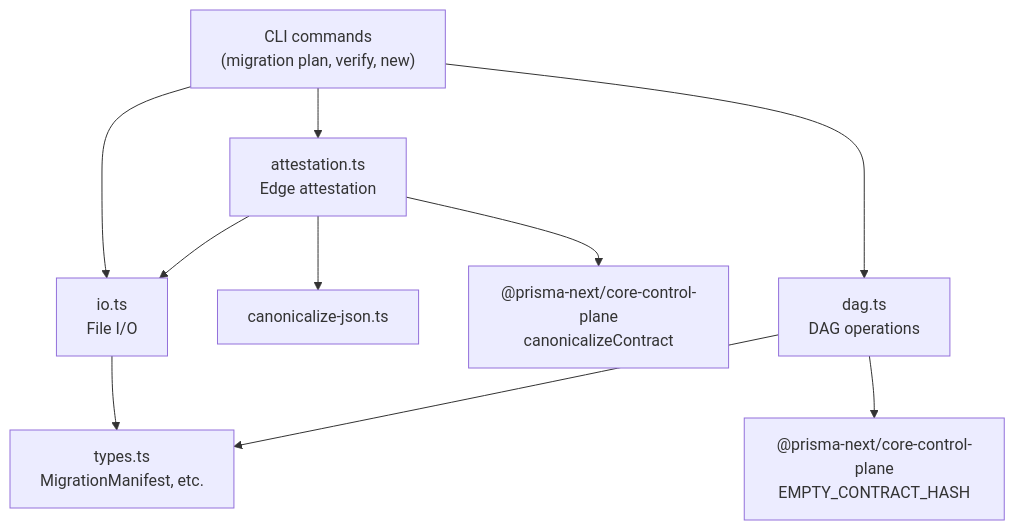
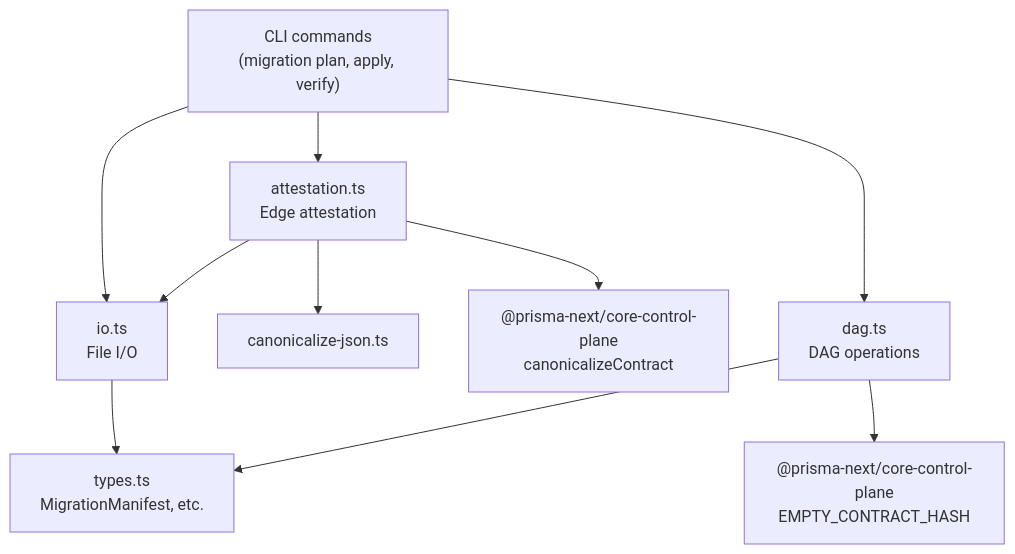
Before and after one commit to prisma/prisma-next: the diagram in packages/1-framework/3-tooling/migration/README.md, drawn with Mermaid. The commit also changed other lines of this file, not shown here.

First line of the commit message:
docs(migration-tools): update README with arktype dep and correct type names

````diff
--- a/packages/1-framework/3-tooling/migration/README.md
+++ b/packages/1-framework/3-tooling/migration/README.md
@@ -14,12 +14,12 @@
 ```mermaid
 graph TD
-    CLI["CLI commands<br/>(migration plan, verify, new)"] --> IO["io.ts<br/>File I/O"]
+    CLI["CLI commands<br/>(migration plan, apply, verify)"] --> IO["io.ts<br/>File I/O"]
     CLI --> ATT["attestation.ts<br/>Edge attestation"]
     CLI --> DAG["dag.ts<br/>DAG operations"]
     IO --> TYPES["types.ts<br/>MigrationManifest, etc."]
     ATT --> IO
     ATT --> CAN["canonicalize-json.ts"]
     ATT --> CP["@prisma-next/core-control-plane<br/>canonicalizeContract"]
     DAG --> TYPES
     DAG --> ABS["@prisma-next/core-control-plane<br/>EMPTY_CONTRACT_HASH"]
 ```
````
